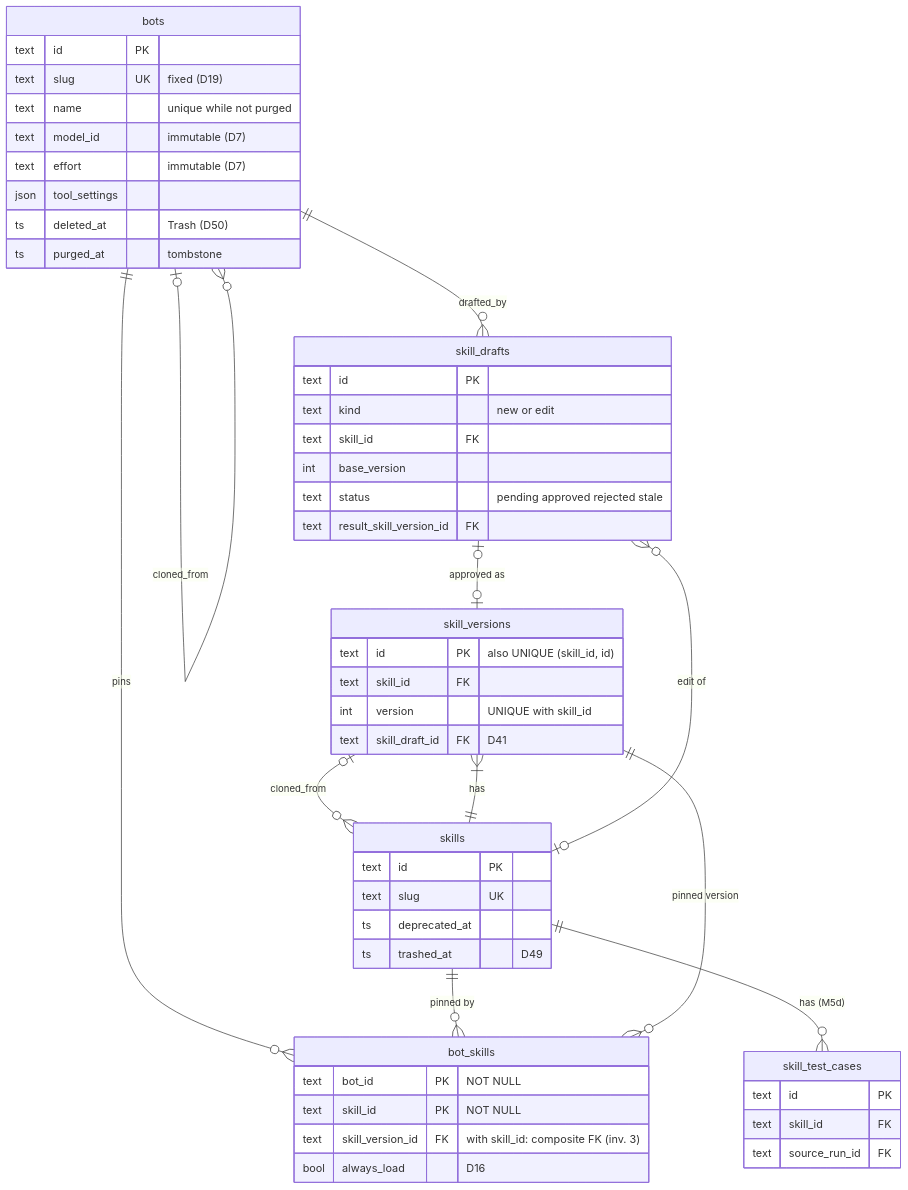
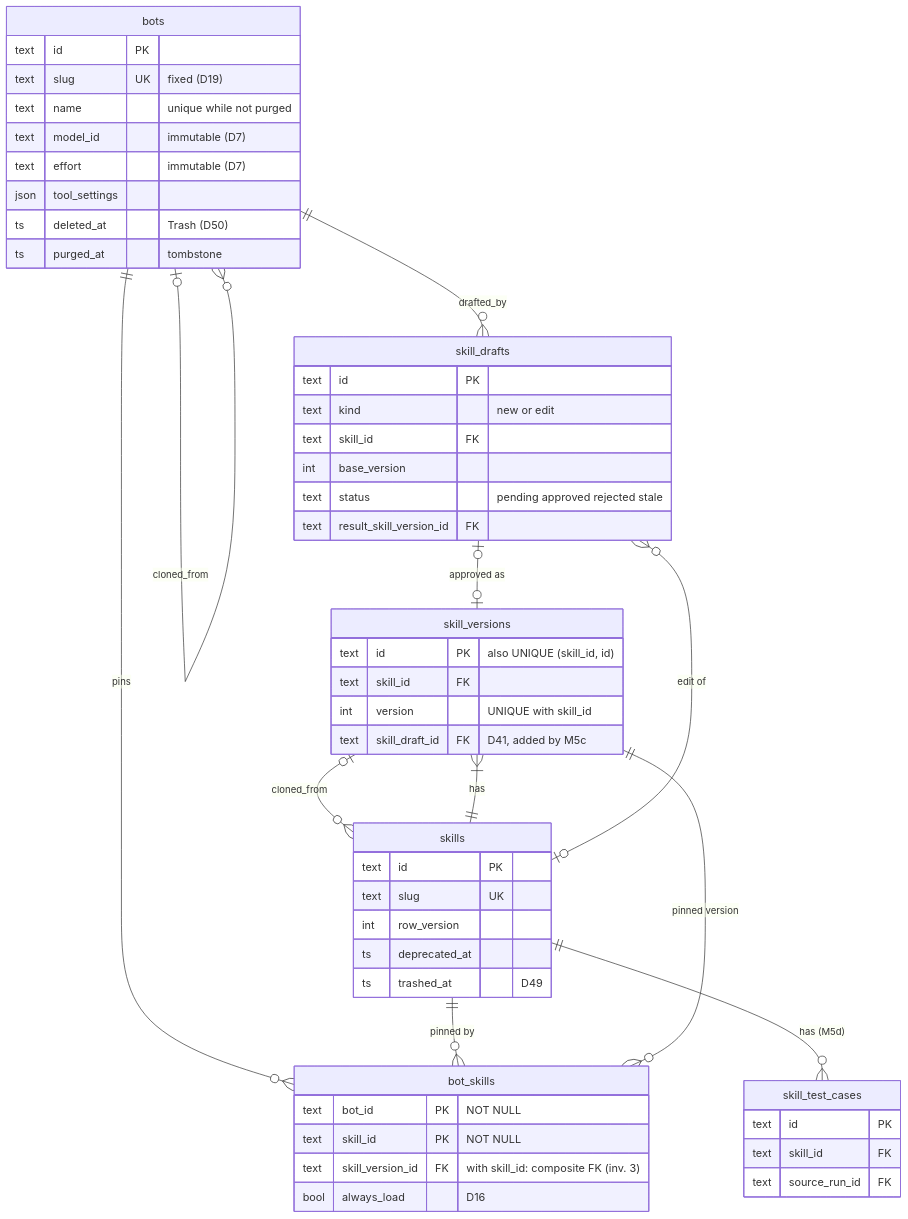
The first of 4 diagrams in docs/domain-model.md (binhle312/cty1ng), drawn with Mermaid before and after one commit. The commit also changed other lines of this file and 14 other files, not shown here.

````diff
--- a/docs/domain-model.md
+++ b/docs/domain-model.md
@@ -53,54 +53,55 @@
 ```mermaid
 erDiagram
   bots ||--o{ bot_skills : "pins"
   skills ||--o{ bot_skills : "pinned by"
   skill_versions ||--o{ bot_skills : "pinned version"
   skills ||--|{ skill_versions : "has"
   skill_versions |o--o{ skills : "cloned_from"
   bots |o--o{ bots : "cloned_from"
   bots ||--o{ skill_drafts : "drafted_by"
   skills |o--o{ skill_drafts : "edit of"
   skill_drafts |o--o| skill_versions : "approved as"
   skills ||--o{ skill_test_cases : "has (M5d)"
   bots {
     text id PK
     text slug UK "fixed (D19)"
     text name "unique while not purged"
     text model_id "immutable (D7)"
     text effort "immutable (D7)"
     json tool_settings
     ts deleted_at "Trash (D50)"
     ts purged_at "tombstone"
   }
   skills {
     text id PK
     text slug UK
+    int row_version
     ts deprecated_at
     ts trashed_at "D49"
   }
   skill_versions {
     text id PK "also UNIQUE (skill_id, id)"
     text skill_id FK
     int version "UNIQUE with skill_id"
-    text skill_draft_id FK "D41"
+    text skill_draft_id FK "D41, added by M5c"
   }
   bot_skills {
     text bot_id PK "NOT NULL"
     text skill_id PK "NOT NULL"
     text skill_version_id FK "with skill_id: composite FK (inv. 3)"
     bool always_load "D16"
   }
   skill_drafts {
     text id PK
     text kind "new or edit"
     text skill_id FK
     int base_version
     text status "pending approved rejected stale"
     text result_skill_version_id FK
   }
   skill_test_cases {
     text id PK
     text skill_id FK
     text source_run_id FK
   }
 ```
````
